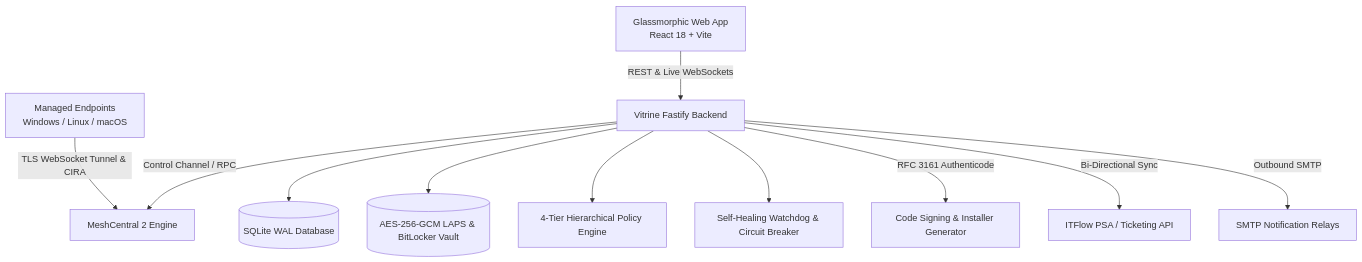
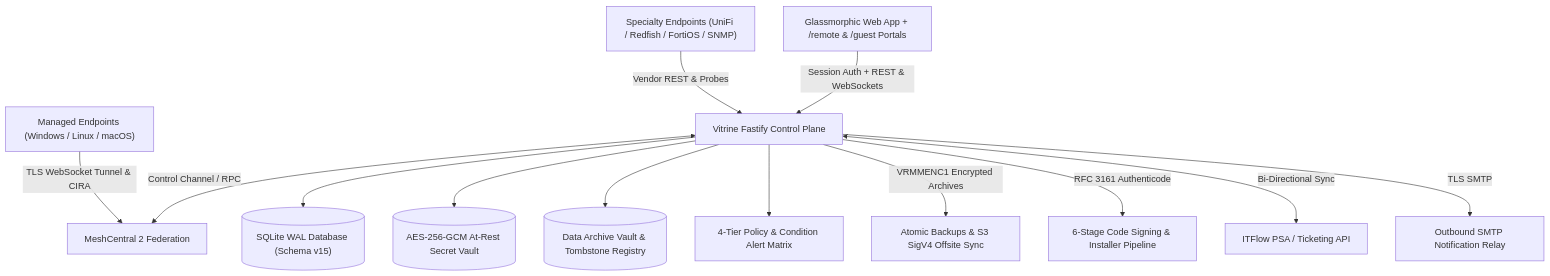
One commit to TylerHats/Vitrine-RMM changed the diagram in README.md. Above: the diagram before and after it, drawn with Mermaid. The commit also changed other lines of this file and 58 other files, not shown here.

Commit message:
release: Vitrine RMM v2.5.0 Stable — zero-trust auth & AES-256-GCM vault, Archive Vault offboarding, condition alerting, specialty vendor APIs, encrypted backups & self-updater

````diff
--- a/README.md
+++ b/README.md
@@ -38,13 +41,15 @@
 ```mermaid
 graph TD
-    Client[Managed Endpoints<br/>Windows / Linux / macOS] -->|TLS WebSocket Tunnel & CIRA| MC[MeshCentral 2 Engine]
-    UI[Glassmorphic Web App<br/>React 18 + Vite] -->|REST & Live WebSockets| API[Vitrine Fastify Backend]
-    API -->|Control Channel / RPC| MC
-    API --> DB[(SQLite WAL Database)]
-    API --> Vault[(AES-256-GCM LAPS & BitLocker Vault)]
-    API --> Policy[4-Tier Hierarchical Policy Engine]
-    API --> Watchdog[Self-Healing Watchdog & Circuit Breaker]
-    API -->|RFC 3161 Authenticode| Signer[Code Signing & Installer Generator]
-    API -->|Bi-Directional Sync| PSA[ITFlow PSA / Ticketing API]
-    API -->|Outbound SMTP| Mail[SMTP Notification Relays]
+    Client["Managed Endpoints (Windows / Linux / macOS)"] -->|TLS WebSocket Tunnel & CIRA| MC["MeshCentral 2 Federation"]
+    Appliances["Specialty Endpoints (UniFi / Redfish / FortiOS / SNMP)"] -->|Vendor REST & Probes| API["Vitrine Fastify Control Plane"]
+    UI["Glassmorphic Web App + /remote & /guest Portals"] -->|Session Auth + REST & WebSockets| API
+    API <-->|Control Channel / RPC| MC
+    API --> DB[("SQLite WAL Database (Schema v15)")]
+    API --> Vault[("AES-256-GCM At-Rest Secret Vault")]
+    API --> Archive[("Data Archive Vault & Tombstone Registry")]
+    API --> Policy["4-Tier Policy & Condition Alert Matrix"]
+    API -->|VRMMENC1 Encrypted Archives| Backup["Atomic Backups & S3 SigV4 Offsite Sync"]
+    API -->|RFC 3161 Authenticode| Signer["6-Stage Code Signing & Installer Pipeline"]
+    API <-->|Bi-Directional Sync| PSA["ITFlow PSA / Ticketing API"]
+    API -->|TLS SMTP| Mail["Outbound SMTP Notification Relay"]
 ```
````
